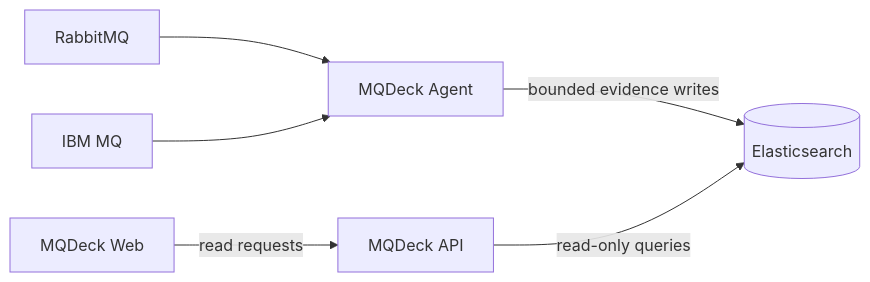
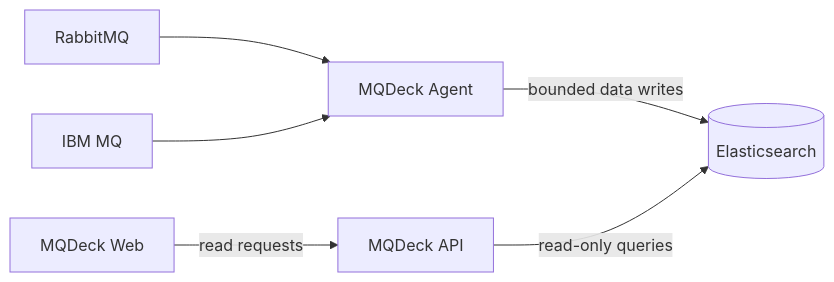
The diagram in README.md (mqdeck/mqdeck), drawn with Mermaid before and after one commit. The commit also changed other lines of this file and 15 other files, not shown here.

````diff
--- a/README.md
+++ b/README.md
@@ -93,8 +93,8 @@
 ```mermaid
 flowchart LR
     RMQ["RabbitMQ"] --> AGENT["MQDeck Agent"]
     IBM["IBM MQ"] --> AGENT
-    AGENT -->|"bounded evidence writes"| ES[("Elasticsearch")]
+    AGENT -->|"bounded data writes"| ES[("Elasticsearch")]
     WEB["MQDeck Web"] -->|"read requests"| API["MQDeck API"]
     API -->|"read-only queries"| ES
 ```
````
